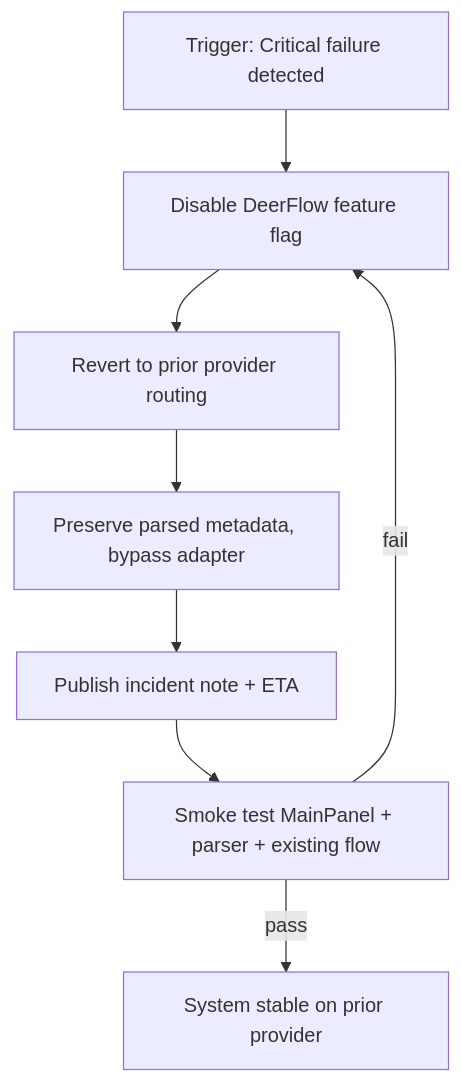
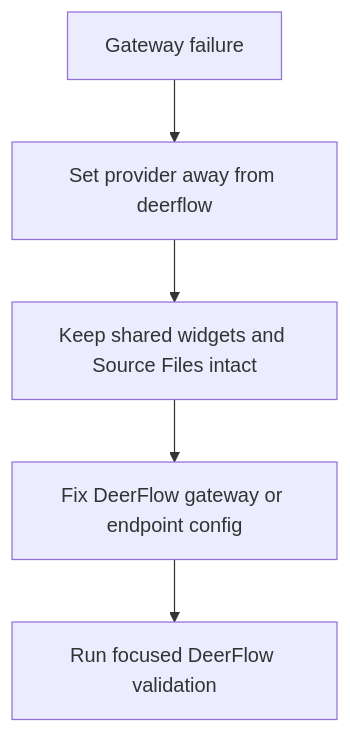
The second of 2 diagrams in docs/documents/knowgrph-deerflow/knowgrph-deerflow-prd-tad-delivery-validation.md (huijoohwee/knowgrph), drawn with Mermaid before and after one commit. The commit also changed other lines of this file and 88 other files, not shown here.

````diff
--- a/docs/documents/knowgrph-deerflow/knowgrph-deerflow-prd-tad-delivery-validation.md
+++ b/docs/documents/knowgrph-deerflow/knowgrph-deerflow-prd-tad-delivery-validation.md
@@ -260,10 +80,7 @@
 ```mermaid
 flowchart TD
-    TRIGGER[Trigger: Critical failure detected] --> R1[Disable DeerFlow feature flag]
-    R1 --> R2[Revert to prior provider routing]
-    R2 --> R3[Preserve parsed metadata, bypass adapter]
-    R3 --> R4[Publish incident note + ETA]
-    R4 --> VERIFY[Smoke test MainPanel + parser + existing flow]
-    VERIFY -->|pass| STABLE[System stable on prior provider]
-    VERIFY -->|fail| R1
+    TRIGGER[Gateway failure] --> R1[Set provider away from deerflow]
+    R1 --> R2[Keep shared widgets and Source Files intact]
+    R2 --> R3[Fix DeerFlow gateway or endpoint config]
+    R3 --> VERIFY[Run focused DeerFlow validation]
 ```
````
